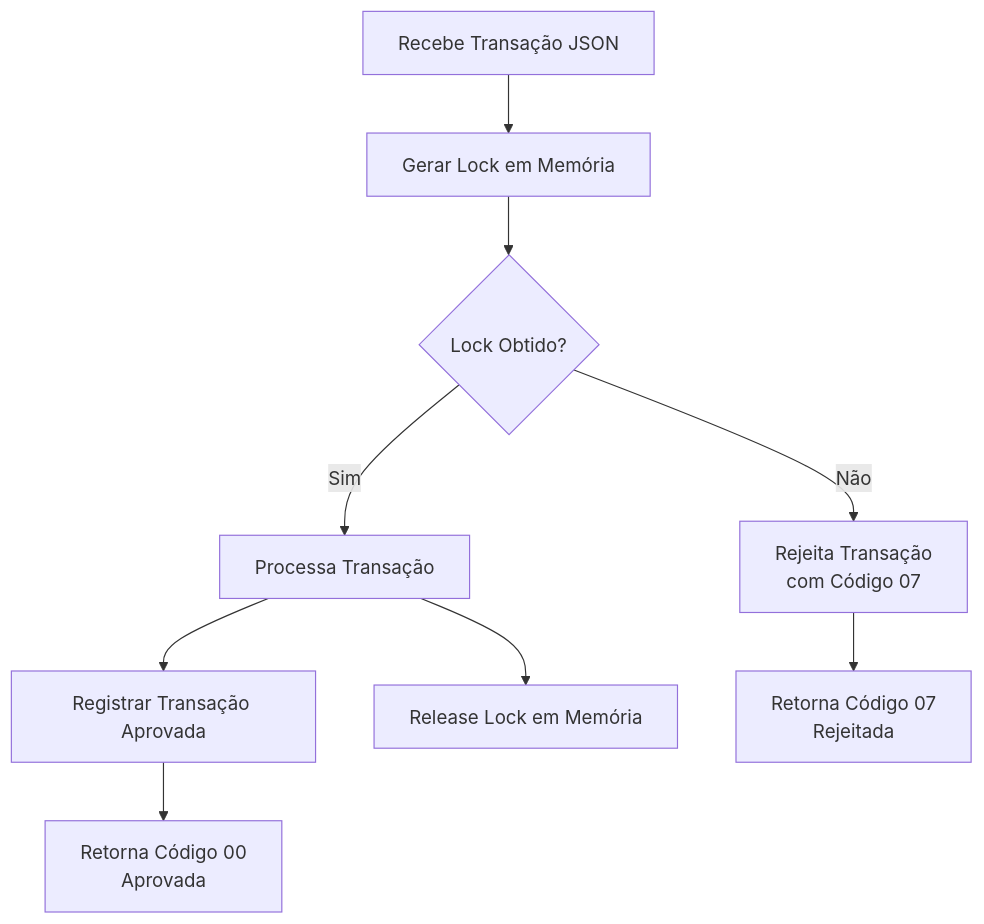
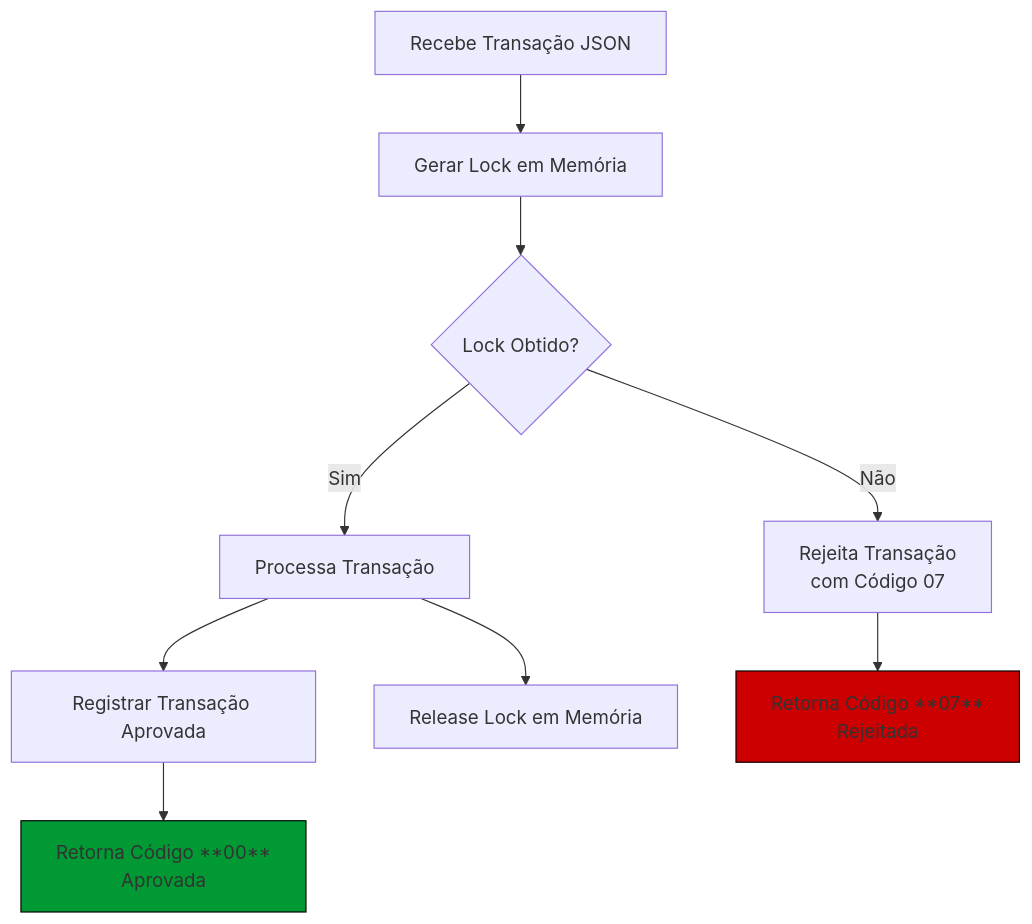
Before and after one commit to marciovmartins/jtonynet-go-payments-api: the third of 4 diagrams in README.md, drawn with Mermaid. The commit also changed other lines of this file and 1 other file, not shown here.

````diff
--- a/README.md
+++ b/README.md
@@ -542,14 +542,17 @@
 ```mermaid
 flowchart TD
     A[Recebe Transação JSON] --> B[Gerar Lock em Memória]
     B --> C{Lock Obtido?}
     
     C -- Sim --> D[Processa Transação]
     D --> E[Registrar Transação Aprovada]
     D --> F[Release Lock em Memória]
     
     C -- Não --> G[Rejeita Transação <br/> com Código 07]
     
-    E --> H[Retorna Código 00 <br/> Aprovada]
-    G --> I[Retorna Código 07 <br/> Rejeitada]
+    E --> H[Retorna Código **00** <br/> Aprovada]
+    G --> I[Retorna Código **07** <br/> Rejeitada]
+
+    style H fill:#009933,stroke:#000
+    style I fill:#cc0000,stroke:#000
 ```
````
